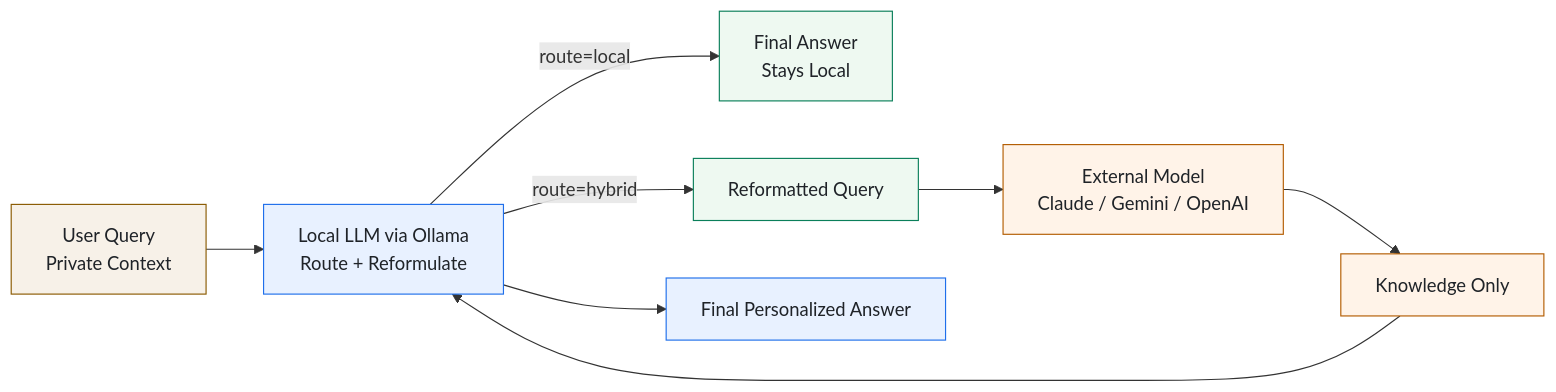
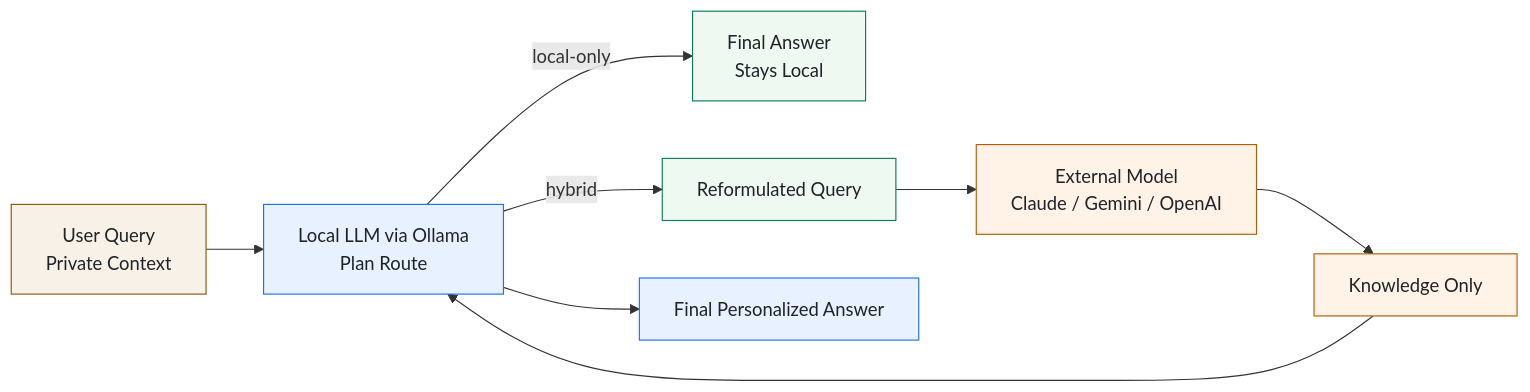
Before and after one commit to sulgik/zipsa: the diagram in README.md, drawn with Mermaid. The commit also changed other lines of this file and 4 other files, not shown here.

````diff
--- a/README.md
+++ b/README.md
@@ -34,18 +34,18 @@
 ```mermaid
 flowchart LR
-    U[User Query<br/>Private Context] --> L[Local LLM via Ollama<br/>Route + Reformulate]
-    L -->|route=local| A[Final Answer<br/>Stays Local]
-    L -->|route=hybrid| S[Reformatted Query]
+    U[User Query<br/>Private Context] --> L[Local LLM via Ollama<br/>Plan Route]
+    L -->|local-only| A[Final Answer<br/>Stays Local]
+    L -->|hybrid| S[Reformulated Query]
     S --> E[External Model<br/>Claude / Gemini / OpenAI]
     E --> X[Knowledge Only]
     X --> L
     L --> F[Final Personalized Answer]
 
     style U fill:#f7f1e8,stroke:#8a5a00,color:#1f2328
     style L fill:#e8f1ff,stroke:#1f6feb,color:#1f2328
     style S fill:#eef9f1,stroke:#0a7f5a,color:#1f2328
     style E fill:#fff3e8,stroke:#b35c00,color:#1f2328
     style A fill:#eef9f1,stroke:#0a7f5a,color:#1f2328
     style X fill:#fff3e8,stroke:#b35c00,color:#1f2328
     style F fill:#e8f1ff,stroke:#1f6feb,color:#1f2328
 ```
````
